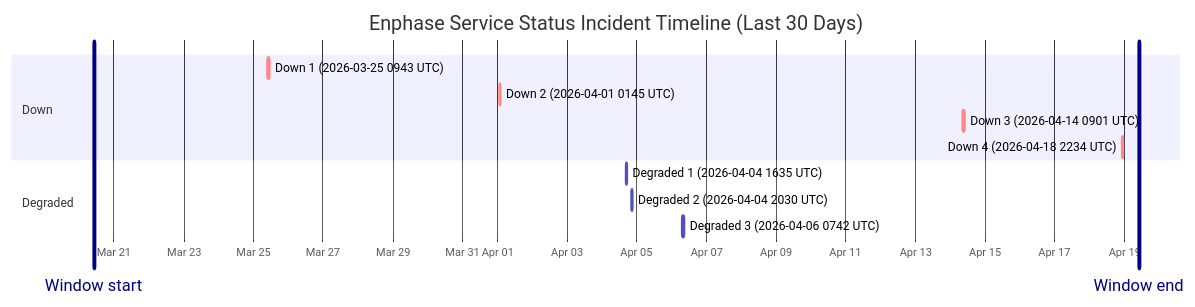
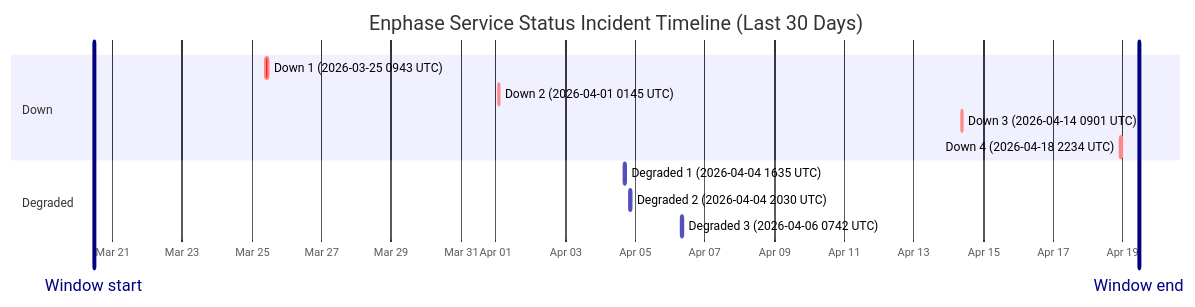
The diagram in wiki/Service-Status-History.md (barneyonline/ha-enphase-ev-charger), drawn with Mermaid before and after one commit. The commit also changed other lines of this file and 3 other files, not shown here.

````diff
--- a/wiki/Service-Status-History.md
+++ b/wiki/Service-Status-History.md
@@ -14,17 +14,17 @@
 ```mermaid
 gantt
     title Enphase Service Status Incident Timeline (Last 30 Days)
     dateFormat  YYYY-MM-DDTHH:mm:ss
     axisFormat  %b %d
-    Window start :vert, window-start, 2026-03-20T10:07:36, 0ms
-    Window end :vert, window-end, 2026-04-19T10:07:36, 0ms
+    Window start :vert, window-start, 2026-03-20T11:07:08, 0ms
+    Window end :vert, window-end, 2026-04-19T11:07:08, 0ms
     section Down
     Down 1 (2026-03-25 0943 UTC) :crit, down-1, 2026-03-25T09:43:28, 111m
     Down 2 (2026-04-01 0145 UTC) :crit, down-2, 2026-04-01T01:45:09, 60m
     Down 3 (2026-04-14 0901 UTC) :crit, down-3, 2026-04-14T09:01:13, 60m
     Down 4 (2026-04-18 2234 UTC) :crit, down-4, 2026-04-18T22:34:13, 60m
     section Degraded
     Degraded 1 (2026-04-04 1635 UTC) :active, degraded-1, 2026-04-04T16:35:17, 60m
     Degraded 2 (2026-04-04 2030 UTC) :active, degraded-2, 2026-04-04T20:30:40, 60m
     Degraded 3 (2026-04-06 0742 UTC) :active, degraded-3, 2026-04-06T07:42:09, 85m
 ```
````
